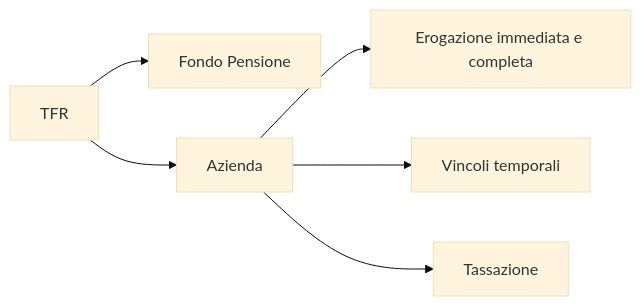
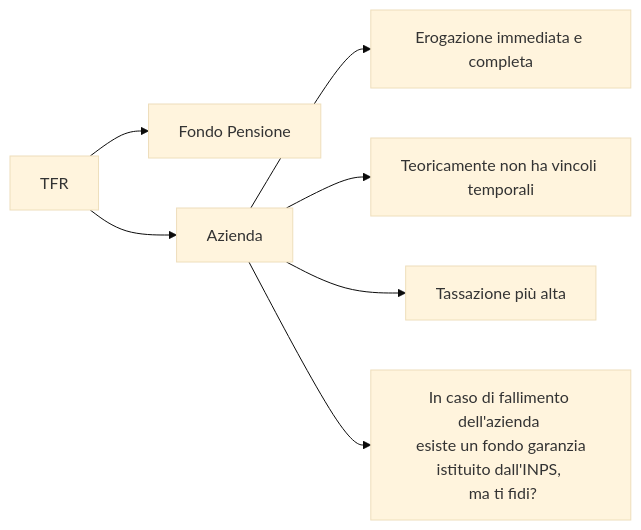
The diagram in my_static_pages/docs/Ricerche/TFR-Trattamento-fine-rapporto.md (Jakkins/dark_enhanced_dirtree), drawn with Mermaid (base theme) before and after one commit. The commit also changed other lines of this file, not shown here.

````diff
--- a/my_static_pages/docs/Ricerche/TFR-Trattamento-fine-rapporto.md
+++ b/my_static_pages/docs/Ricerche/TFR-Trattamento-fine-rapporto.md
@@ -3,8 +3,9 @@
 ```mermaid
 graph LR
 		TFR-->id1[Fondo Pensione];
 		TFR-->azienda[Azienda];
 		azienda-->id3[Erogazione immediata e completa];
-		azienda-->id4[Vincoli temporali]
-		azienda-->id5[Tassazione];
+		azienda-->id4[Teoricamente non ha vincoli temporali]
+		azienda-->id5[Tassazione più alta]
+		azienda-->id6[In caso di fallimento dell'azienda <br> esiste un fondo garanzia istituito dall'INPS, <br> ma ti fidi?];
 ```
````
